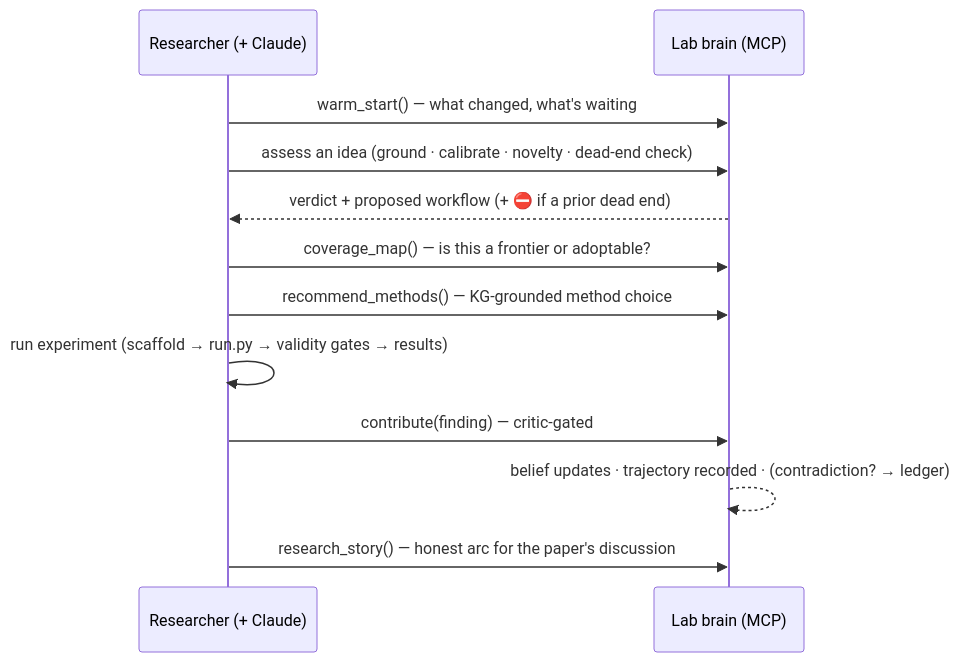
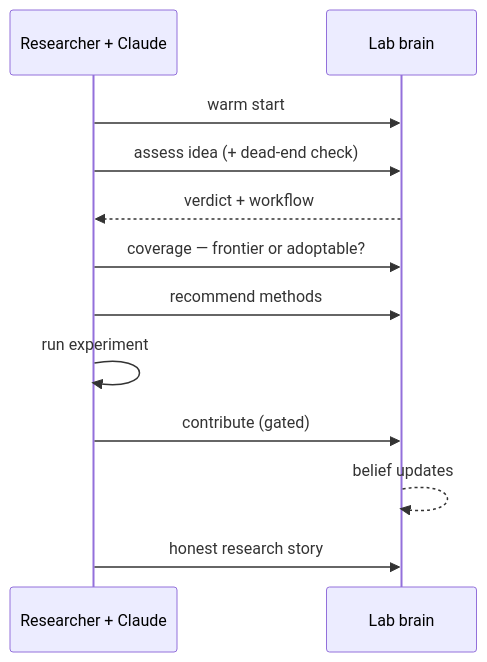
Before and after one commit to jamisonhburks/lab_tracker: the eighth of 11 diagrams in docs/architecture-overview.md, drawn with Mermaid. The commit also changed other lines of this file and 23 other files, not shown here.

First line of the commit message:
docs: simplify slide diagrams — short glanceable labels (#69)

````diff
--- a/docs/architecture-overview.md
+++ b/docs/architecture-overview.md
@@ -177,14 +183,14 @@
 ```mermaid
 sequenceDiagram
-  participant R as Researcher (+ Claude)
-  participant B as Lab brain (MCP)
-  R->>B: warm_start() — what changed, what's waiting
-  R->>B: assess an idea (ground · calibrate · novelty · dead-end check)
-  B-->>R: verdict + proposed workflow (+ ⛔ if a prior dead end)
-  R->>B: coverage_map() — is this a frontier or adoptable?
-  R->>B: recommend_methods() — KG-grounded method choice
-  R->>R: run experiment (scaffold → run.py → validity gates → results)
-  R->>B: contribute(finding) — critic-gated
-  B-->>B: belief updates · trajectory recorded · (contradiction? → ledger)
-  R->>B: research_story() — honest arc for the paper's discussion
+  participant R as Researcher + Claude
+  participant B as Lab brain
+  R->>B: warm start
+  R->>B: assess idea (+ dead-end check)
+  B-->>R: verdict + workflow
+  R->>B: coverage — frontier or adoptable?
+  R->>B: recommend methods
+  R->>R: run experiment
+  R->>B: contribute (gated)
+  B-->>B: belief updates
+  R->>B: honest research story
 ```
````
